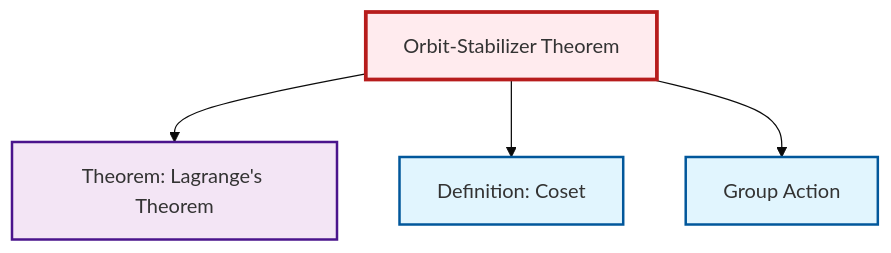
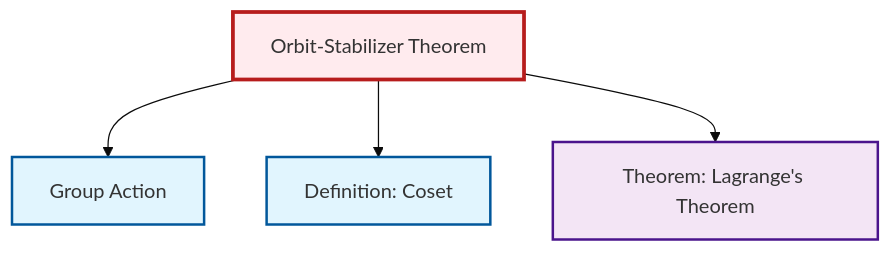
The diagram in content/en/algebra/thm-orbit-stabilizer.qmd (RK0429/ModernMath), drawn with Mermaid (base theme) before and after one commit. The commit also changed other lines of this file and 1069 other files, not shown here.

````diff
--- a/content/en/algebra/thm-orbit-stabilizer.qmd
+++ b/content/en/algebra/thm-orbit-stabilizer.qmd
@@ -63,20 +63,20 @@
 ```{mermaid}
 %%| fig-cap: "Local dependency graph"
 graph TD
     classDef definition fill:#e1f5fe,stroke:#01579b,stroke-width:2px
     classDef theorem fill:#f3e5f5,stroke:#4a148c,stroke-width:2px
     classDef axiom fill:#fff3e0,stroke:#e65100,stroke-width:2px
     classDef example fill:#e8f5e9,stroke:#1b5e20,stroke-width:2px
     classDef current fill:#ffebee,stroke:#b71c1c,stroke-width:3px
+    thm-orbit-stabilizer["Orbit-Stabilizer Theorem"]:::theorem
     def-coset["Definition: Coset"]:::definition
-    thm-orbit-stabilizer["Orbit-Stabilizer Theorem"]:::theorem
+    def-group-action["Group Action"]:::definition
     thm-lagrange["Theorem: Lagrange's Theorem"]:::theorem
-    def-group-action["Group Action"]:::definition
+    thm-orbit-stabilizer --> def-group-action
+    thm-orbit-stabilizer --> def-coset
     thm-orbit-stabilizer --> thm-lagrange
-    thm-orbit-stabilizer --> def-coset
-    thm-orbit-stabilizer --> def-group-action
     class thm-orbit-stabilizer current
     click def-coset "def-coset.html" "Go to Coset definition"
+    click def-group-action "def-group-action.html" "Go to Group Action"
     click thm-lagrange "thm-lagrange.html" "Go to Lagrange's Theorem theorem"
-    click def-group-action "def-group-action.html" "Go to Group Action"
 ```
````
